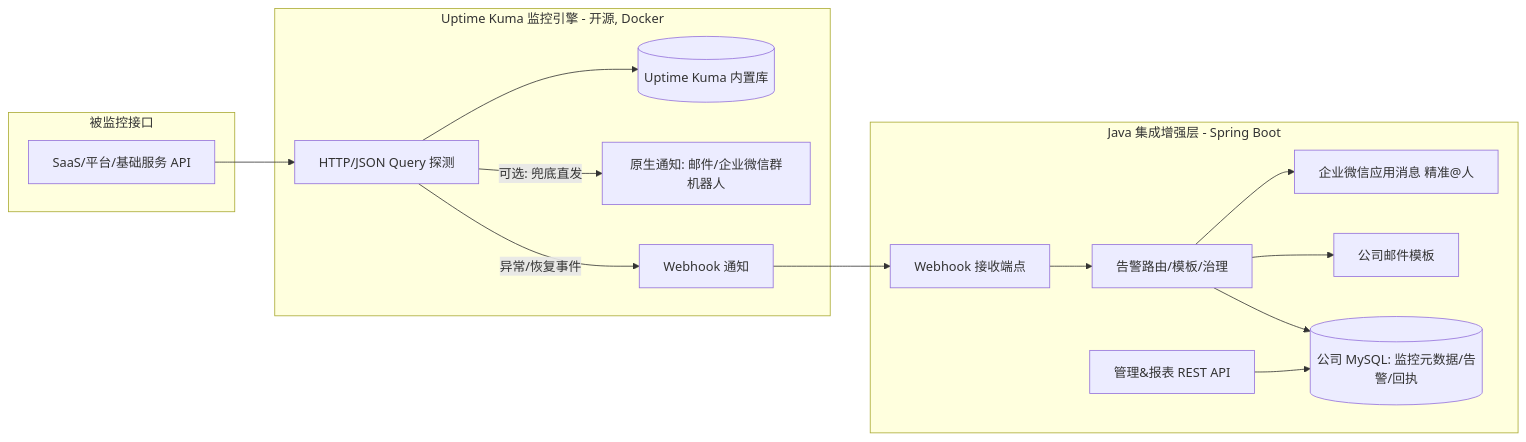
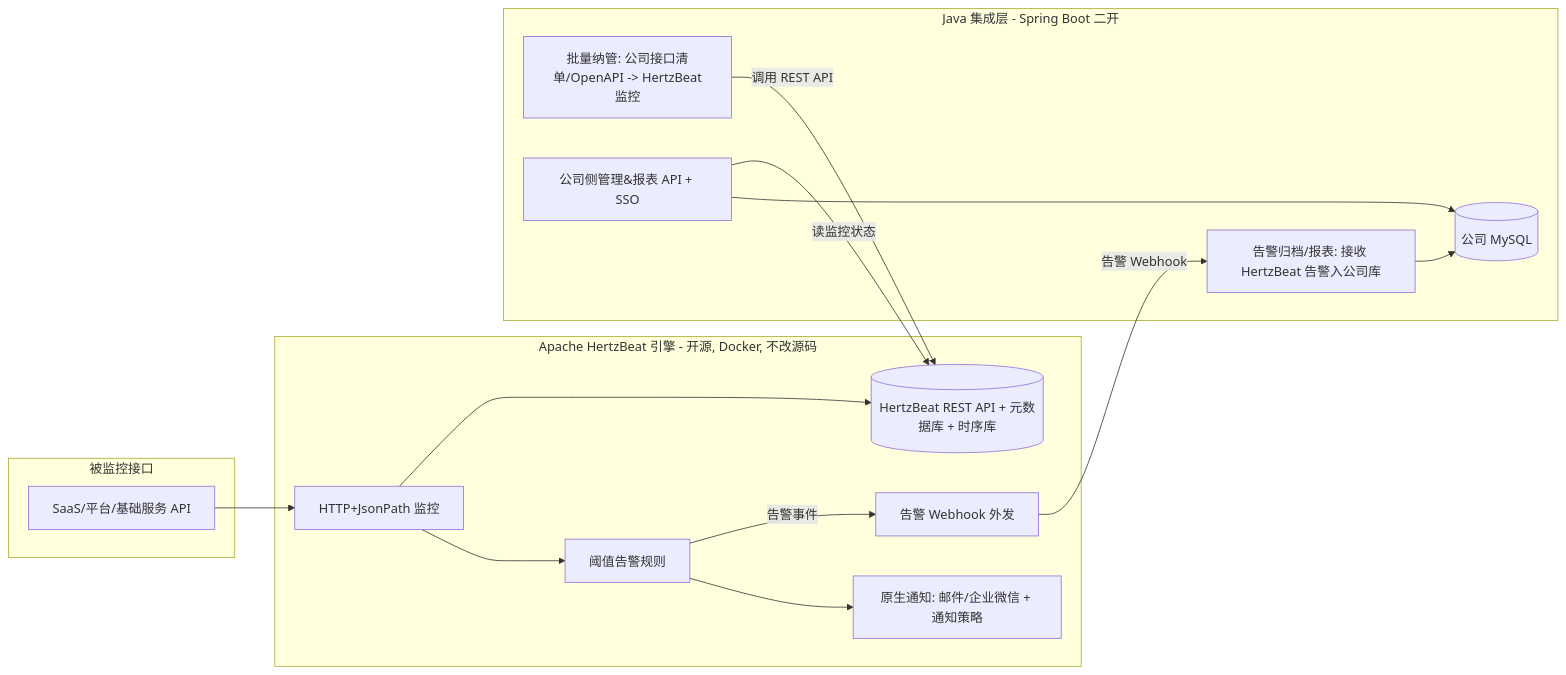
The diagram in docs/06-MVP开发提示词.md (so6662001/ZhidongJiankongFuwu), drawn with Mermaid before and after one commit. The commit also changed other lines of this file and 2 other files, not shown here.

Commit message:
docs: 选型确定为 Apache HertzBeat，重写 MVP 提示词并补充选型对比

````diff
--- a/docs/06-MVP开发提示词.md
+++ b/docs/06-MVP开发提示词.md
@@ -30,29 +27,28 @@
 ```mermaid
 flowchart LR
     subgraph TARGET[被监控接口]
         APIs[SaaS/平台/基础服务 API]
     end
-    subgraph UK[Uptime Kuma 监控引擎 - 开源, Docker]
-        MON[HTTP/JSON Query 探测]
-        UKDB[(Uptime Kuma 内置库)]
-        UKNOTIFY[原生通知: 邮件/企业微信群机器人]
-        WH[Webhook 通知]
+    subgraph HZB[Apache HertzBeat 引擎 - 开源, Docker, 不改源码]
+        MON[HTTP+JsonPath 监控]
+        RULE[阈值告警规则]
+        NOTIFY[原生通知: 邮件/企业微信 + 通知策略]
+        HZAPI[(HertzBeat REST API + 元数据库 + 时序库)]
+        HZWH[告警 Webhook 外发]
     end
-    subgraph JAVA[Java 集成增强层 - Spring Boot]
-        HOOK[Webhook 接收端点]
-        ROUTER[告警路由/模板/治理]
-        WECOM[企业微信应用消息 精准@人]
-        MAIL[公司邮件模板]
-        STORE[(公司 MySQL: 监控元数据/告警/回执)]
-        QAPI[管理&报表 REST API]
+    subgraph JAVA[Java 集成层 - Spring Boot 二开]
+        PROV[批量纳管: 公司接口清单/OpenAPI -> HertzBeat监控]
+        ARCH[告警归档/报表: 接收 HertzBeat 告警入公司库]
+        QAPI[公司侧管理&报表 API + SSO]
+        STORE[(公司 MySQL)]
     end
     APIs --> MON
-    MON --> UKDB
-    MON -->|可选: 兜底直发| UKNOTIFY
-    MON -->|异常/恢复事件| WH
-    WH --> HOOK
-    HOOK --> ROUTER
-    ROUTER --> WECOM & MAIL
-    ROUTER --> STORE
+    MON --> RULE --> NOTIFY
+    MON --> HZAPI
+    RULE -->|告警事件| HZWH
+    PROV -->|调用 REST API| HZAPI
+    HZWH -->|告警 Webhook| ARCH
+    ARCH --> STORE
     QAPI --> STORE
+    QAPI -->|读监控状态| HZAPI
 ```
````
